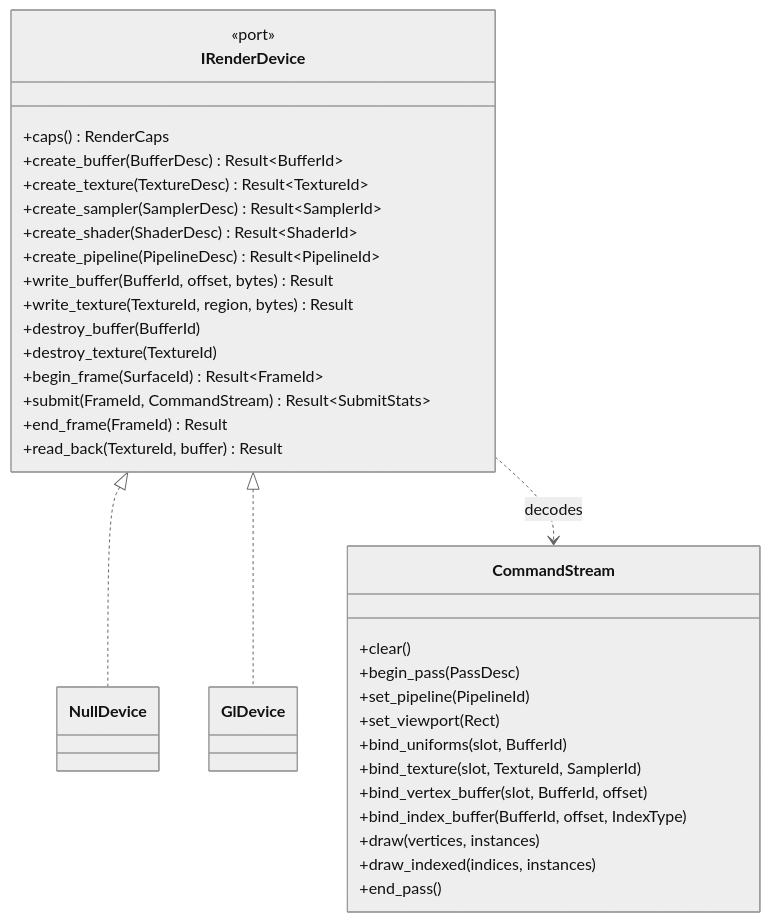
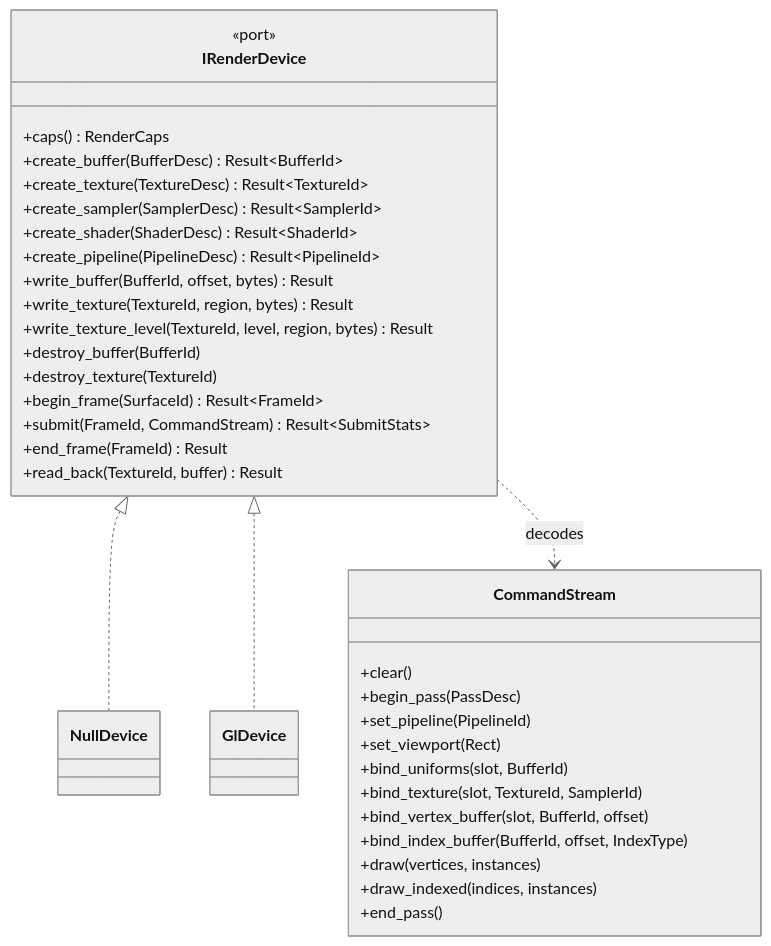
Before and after one commit to giamat90/DuckEngine: the second of 7 diagrams in wiki/architecture/render-port-v0.md, drawn with Mermaid (neutral theme). The commit also changed 20 other files, not shown here.

````diff
--- a/wiki/architecture/render-port-v0.md
+++ b/wiki/architecture/render-port-v0.md
@@ -54,38 +54,39 @@
 ```mermaid
 classDiagram
   class IRenderDevice {
     <<port>>
     +caps() RenderCaps
     +create_buffer(BufferDesc) Result~BufferId~
     +create_texture(TextureDesc) Result~TextureId~
     +create_sampler(SamplerDesc) Result~SamplerId~
     +create_shader(ShaderDesc) Result~ShaderId~
     +create_pipeline(PipelineDesc) Result~PipelineId~
     +write_buffer(BufferId, offset, bytes) Result
     +write_texture(TextureId, region, bytes) Result
+    +write_texture_level(TextureId, level, region, bytes) Result
     +destroy_buffer(BufferId)
     +destroy_texture(TextureId)
     +begin_frame(SurfaceId) Result~FrameId~
     +submit(FrameId, CommandStream) Result~SubmitStats~
     +end_frame(FrameId) Result
     +read_back(TextureId, buffer) Result
   }
   class CommandStream {
     +clear()
     +begin_pass(PassDesc)
     +set_pipeline(PipelineId)
     +set_viewport(Rect)
     +bind_uniforms(slot, BufferId)
     +bind_texture(slot, TextureId, SamplerId)
     +bind_vertex_buffer(slot, BufferId, offset)
     +bind_index_buffer(BufferId, offset, IndexType)
     +draw(vertices, instances)
     +draw_indexed(indices, instances)
     +end_pass()
   }
   class NullDevice
   class GlDevice
   IRenderDevice <|.. NullDevice
   IRenderDevice <|.. GlDevice
   IRenderDevice ..> CommandStream : decodes
 ```
````
